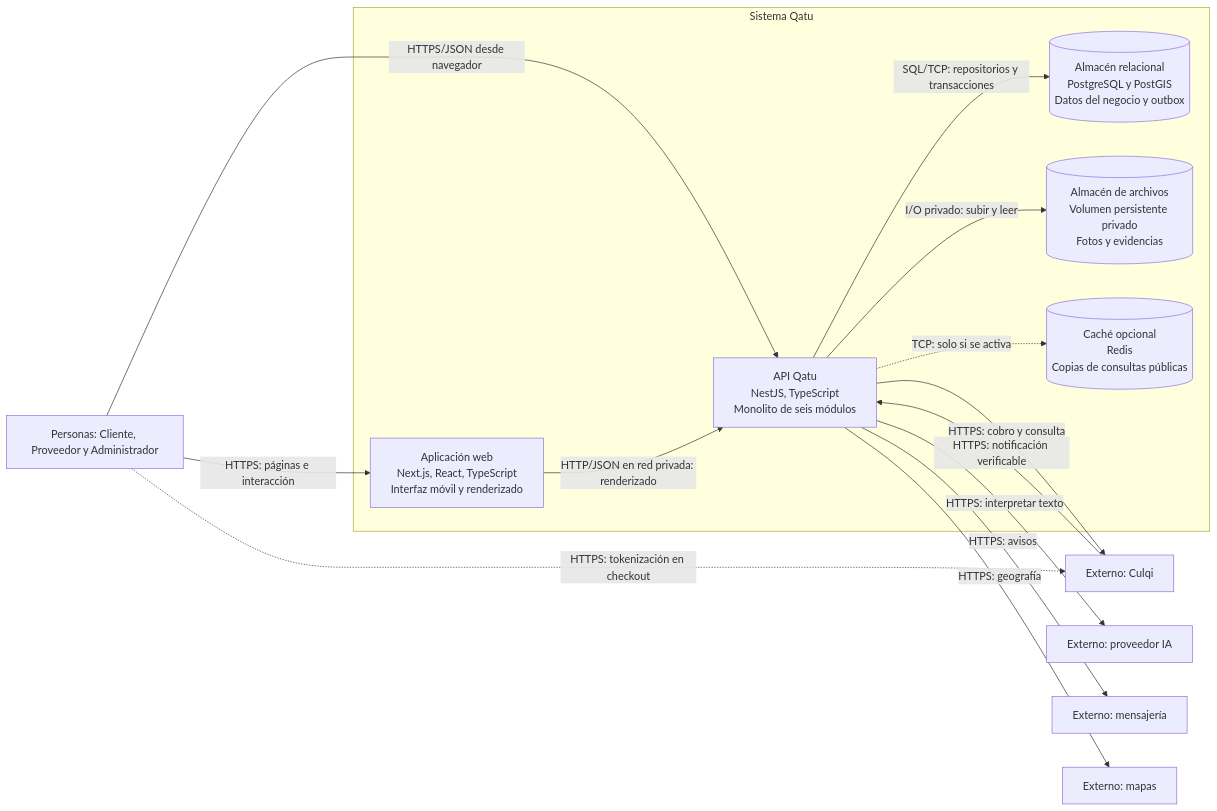
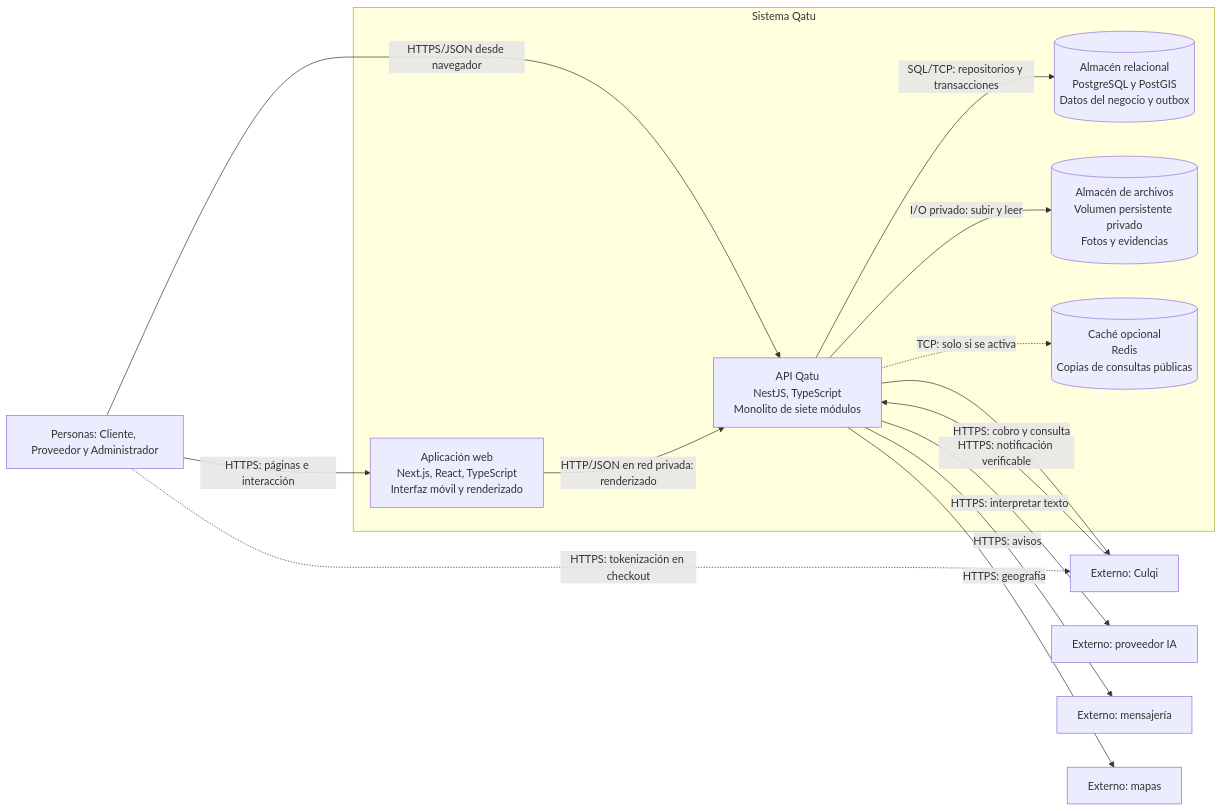
Before and after one commit to seeb-fault/Qatu-Ayacucho: the diagram in docs/04-modelo-c4/diagramas/nivel2-diagramadecontenedores-1.mmd, drawn with Mermaid. The commit also changed 119 other files, not shown here.

```diff
--- a/docs/04-modelo-c4/diagramas/nivel2-diagramadecontenedores-1.mmd
+++ b/docs/04-modelo-c4/diagramas/nivel2-diagramadecontenedores-1.mmd
@@ -1,25 +1,25 @@
 flowchart LR
     U["Personas: Cliente, Proveedor y Administrador"]
     subgraph Q["Sistema Qatu"]
         W["Aplicación web<br/>Next.js, React, TypeScript<br/>Interfaz móvil y renderizado"]
-        A["API Qatu<br/>NestJS, TypeScript<br/>Monolito de seis módulos"]
+        A["API Qatu<br/>NestJS, TypeScript<br/>Monolito de siete módulos"]
         DB[("Almacén relacional<br/>PostgreSQL y PostGIS<br/>Datos del negocio y outbox")]
         F[("Almacén de archivos<br/>Volumen persistente privado<br/>Fotos y evidencias")]
         R[("Caché opcional<br/>Redis<br/>Copias de consultas públicas")]
     end
     PAY["Externo: Culqi"]
     IA["Externo: proveedor IA"]
     MSG["Externo: mensajería"]
     MAP["Externo: mapas"]
     U -->|HTTPS: páginas e interacción| W
     U -->|HTTPS/JSON desde navegador| A
     W -->|HTTP/JSON en red privada: renderizado| A
     A -->|SQL/TCP: repositorios y transacciones| DB
     A -->|I/O privado: subir y leer| F
     A -.->|TCP: solo si se activa| R
     A -->|HTTPS: cobro y consulta| PAY
     PAY -->|HTTPS: notificación verificable| A
     A -->|HTTPS: interpretar texto| IA
     A -->|HTTPS: avisos| MSG
     A -->|HTTPS: geografía| MAP
     U -.->|HTTPS: tokenización en checkout| PAY
```
